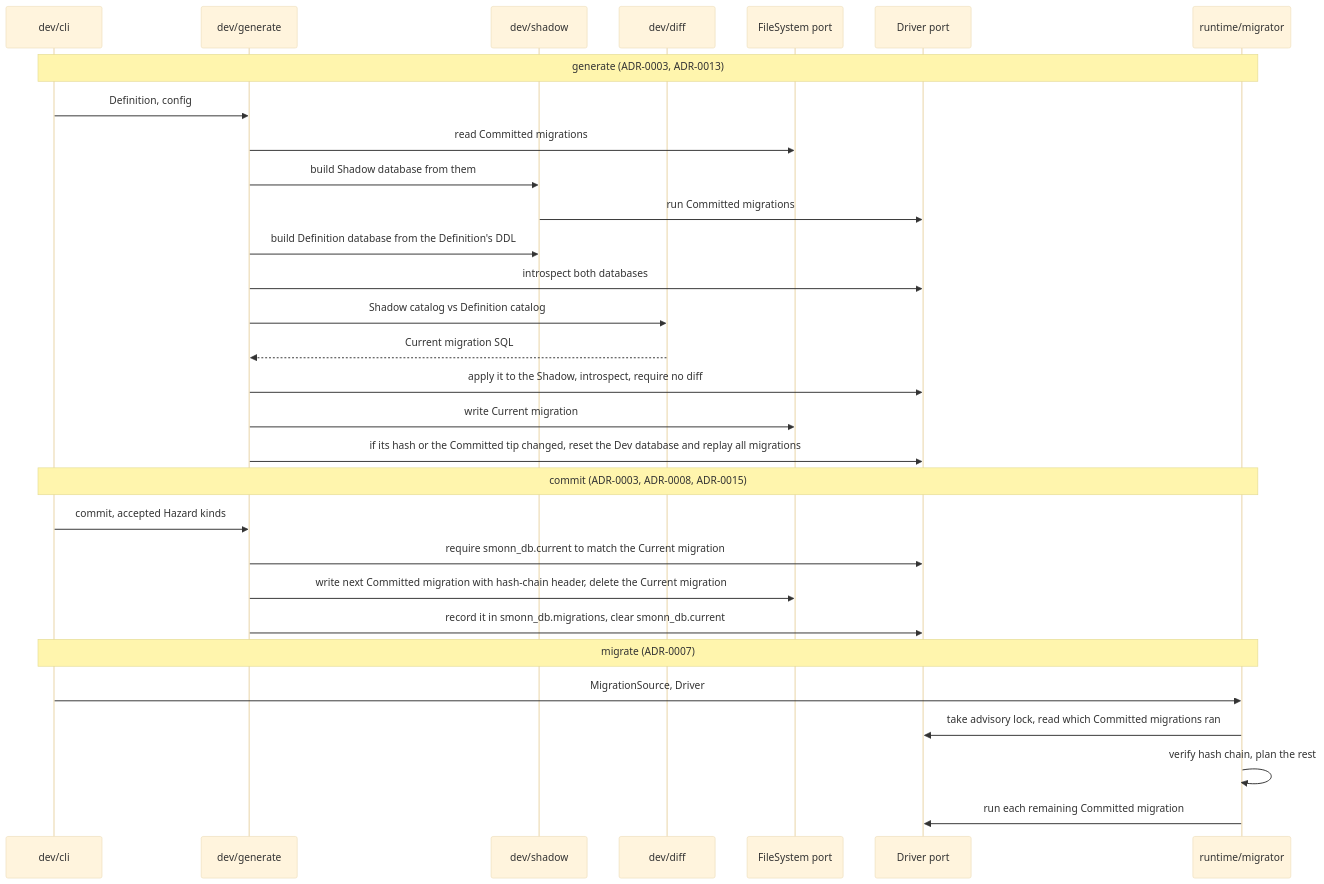
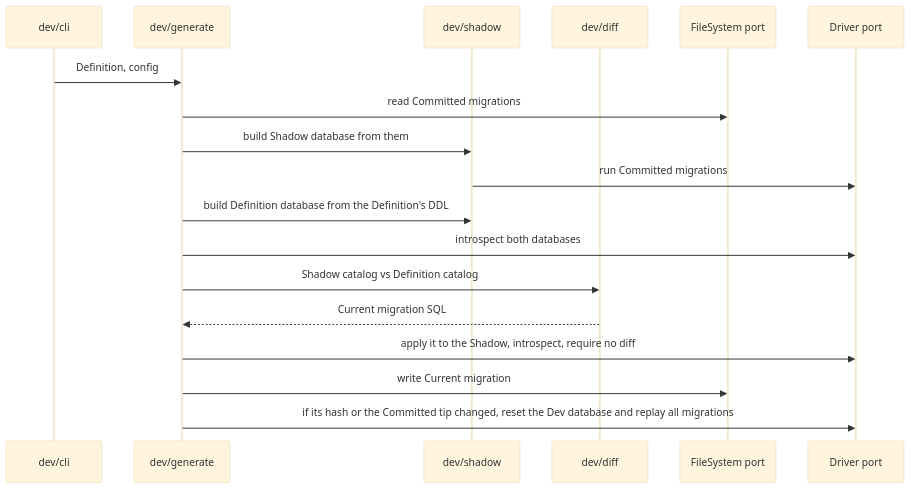
Before and after one commit to smonn/db: the fifth of 8 diagrams in docs/architecture.md, drawn with Mermaid (base theme). The commit also changed other lines of this file, not shown here.

First line of the commit message:
docs(architecture): split the migration flow into one diagram per command

````diff
--- a/docs/architecture.md
+++ b/docs/architecture.md
@@ -128,35 +132,21 @@
 ```mermaid
 sequenceDiagram
   participant CLI as dev/cli
   participant Gen as dev/generate
   participant Shadow as dev/shadow
   participant Diff as dev/diff
   participant FS as FileSystem port
   participant DB as Driver port
-  participant Mig as runtime/migrator
 
-  Note over CLI,Mig: generate (ADR-0003, ADR-0013)
   CLI->>Gen: Definition, config
   Gen->>FS: read Committed migrations
   Gen->>Shadow: build Shadow database from them
   Shadow->>DB: run Committed migrations
   Gen->>Shadow: build Definition database from the Definition's DDL
   Gen->>DB: introspect both databases
   Gen->>Diff: Shadow catalog vs Definition catalog
   Diff-->>Gen: Current migration SQL
   Gen->>DB: apply it to the Shadow, introspect, require no diff
   Gen->>FS: write Current migration
   Gen->>DB: if its hash or the Committed tip changed, reset the Dev database and replay all migrations
-
-  Note over CLI,Mig: commit (ADR-0003, ADR-0008, ADR-0015)
-  CLI->>Gen: commit, accepted Hazard kinds
-  Gen->>DB: require smonn_db.current to match the Current migration
-  Gen->>FS: write next Committed migration with hash-chain header, delete the Current migration
-  Gen->>DB: record it in smonn_db.migrations, clear smonn_db.current
-
-  Note over CLI,Mig: migrate (ADR-0007)
-  CLI->>Mig: MigrationSource, Driver
-  Mig->>DB: take advisory lock, read which Committed migrations ran
-  Mig->>Mig: verify hash chain, plan the rest
-  Mig->>DB: run each remaining Committed migration
 ```
````
